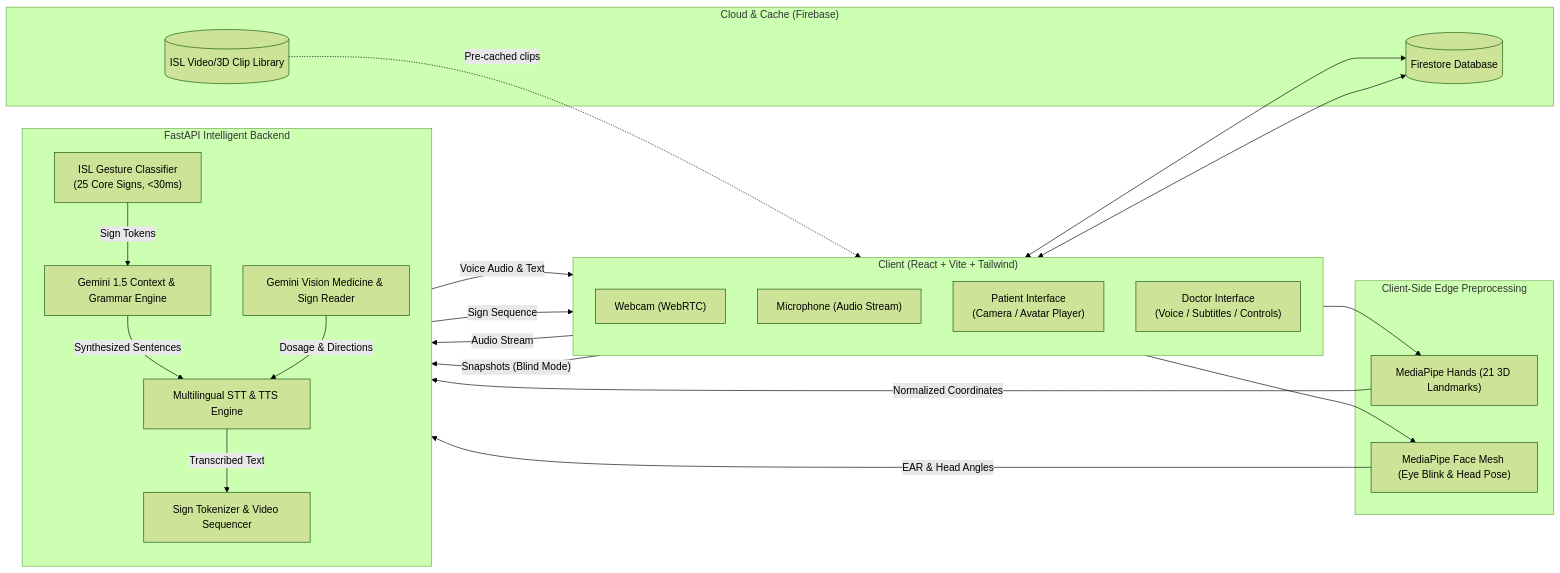
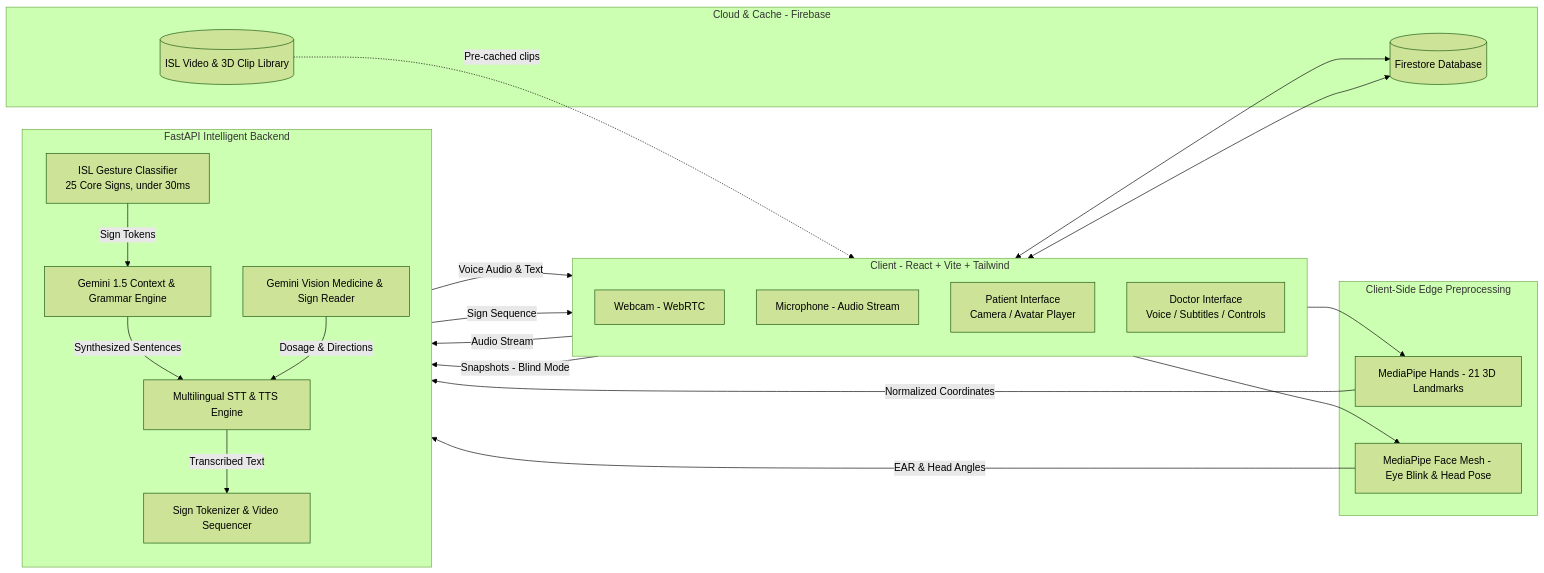
Before and after one commit to prithvirajmahanta76-alt/SkillProject: the second of 2 diagrams in README.md, drawn with Mermaid (forest theme).

Commit message:
docs: remove parentheses from Mermaid edge labels for GitHub parser compatibility

````diff
--- a/README.md
+++ b/README.md
@@ -32,45 +32,45 @@
 ```mermaid
 flowchart LR
-    subgraph Client ["Client (React + Vite + Tailwind)"]
+    subgraph Client ["Client - React + Vite + Tailwind"]
         direction TB
-        CAM["Webcam (WebRTC)"]
-        MIC["Microphone (Audio Stream)"]
-        UI_PATIENT["Patient Interface<br/>(Camera / Avatar Player)"]
-        UI_DOCTOR["Doctor Interface<br/>(Voice / Subtitles / Controls)"]
+        CAM["Webcam - WebRTC"]
+        MIC["Microphone - Audio Stream"]
+        UI_PATIENT["Patient Interface<br/>Camera / Avatar Player"]
+        UI_DOCTOR["Doctor Interface<br/>Voice / Subtitles / Controls"]
     end
 
     subgraph EdgeAI ["Client-Side Edge Preprocessing"]
-        MP_HANDS["MediaPipe Hands (21 3D Landmarks)"]
-        MP_FACE["MediaPipe Face Mesh (Eye Blink & Head Pose)"]
+        MP_HANDS["MediaPipe Hands - 21 3D Landmarks"]
+        MP_FACE["MediaPipe Face Mesh - Eye Blink & Head Pose"]
     end
 
     subgraph Backend ["FastAPI Intelligent Backend"]
         direction TB
-        GESTURE_ENGINE["ISL Gesture Classifier<br/>(25 Core Signs, <30ms)"]
+        GESTURE_ENGINE["ISL Gesture Classifier<br/>25 Core Signs, under 30ms"]
         GEMINI_LLM["Gemini 1.5 Context & Grammar Engine"]
         GEMINI_VISION["Gemini Vision Medicine & Sign Reader"]
         SPEECH_SVC["Multilingual STT & TTS Engine"]
         SIGN_SEQ["Sign Tokenizer & Video Sequencer"]
     end
 
-    subgraph Storage ["Cloud & Cache (Firebase)"]
+    subgraph Storage ["Cloud & Cache - Firebase"]
         DB[("Firestore Database")]
-        ASSETS[("ISL Video/3D Clip Library")]
+        ASSETS[("ISL Video & 3D Clip Library")]
     end
 
     CAM --> MP_HANDS & MP_FACE
-    MP_HANDS -->|"Normalized Coordinates"| GESTURE_ENGINE
-    MP_FACE -->|"EAR & Head Angles"| GESTURE_ENGINE
-    GESTURE_ENGINE -->|"Sign Tokens"| GEMINI_LLM
-    GEMINI_LLM -->|"Synthesized Sentences"| SPEECH_SVC
-    SPEECH_SVC -->|"Voice Audio & Text"| UI_DOCTOR
+    MP_HANDS -->|Normalized Coordinates| GESTURE_ENGINE
+    MP_FACE -->|EAR & Head Angles| GESTURE_ENGINE
+    GESTURE_ENGINE -->|Sign Tokens| GEMINI_LLM
+    GEMINI_LLM -->|Synthesized Sentences| SPEECH_SVC
+    SPEECH_SVC -->|Voice Audio & Text| UI_DOCTOR
 
-    MIC -->|"Audio Stream"| SPEECH_SVC
-    SPEECH_SVC -->|"Transcribed Text"| SIGN_SEQ
-    SIGN_SEQ -->|"Sign Sequence"| UI_PATIENT
-    ASSETS -.->|"Pre-cached clips"| UI_PATIENT
+    MIC -->|Audio Stream| SPEECH_SVC
+    SPEECH_SVC -->|Transcribed Text| SIGN_SEQ
+    SIGN_SEQ -->|Sign Sequence| UI_PATIENT
+    ASSETS -.->|Pre-cached clips| UI_PATIENT
 
-    CAM -->|"Snapshots (Blind Mode)"| GEMINI_VISION
-    GEMINI_VISION -->|"Dosage & Directions"| SPEECH_SVC
+    CAM -->|Snapshots - Blind Mode| GEMINI_VISION
+    GEMINI_VISION -->|Dosage & Directions| SPEECH_SVC
     UI_PATIENT & UI_DOCTOR <--> DB
 ```
````
